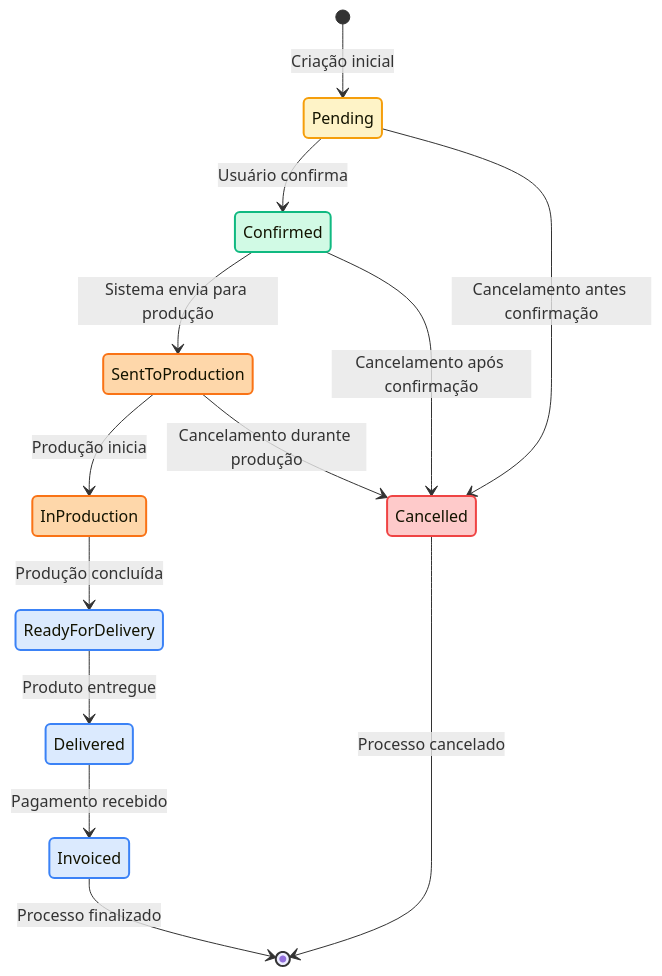
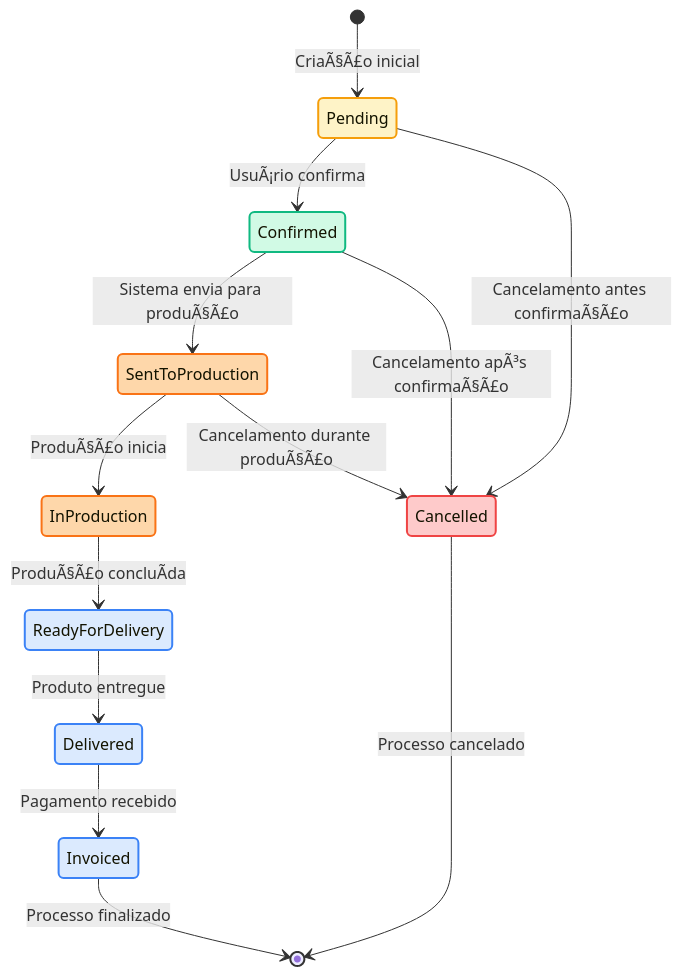
Before and after one commit to igor-spalenza/GesN: the fourth of 4 diagrams in GesN.Web/Context/DIAGRAMS/PROCESS-FLOWS/02-sales-order-flow.md, drawn with Mermaid. The commit also changed other lines of this file and 93 other files, not shown here.

````diff
--- a/GesN.Web/Context/DIAGRAMS/PROCESS-FLOWS/02-sales-order-flow.md
+++ b/GesN.Web/Context/DIAGRAMS/PROCESS-FLOWS/02-sales-order-flow.md
@@ -264,30 +264,30 @@
 ```mermaid
 stateDiagram-v2
-    [*] --> Pending : Criação inicial
-    Pending --> Confirmed : Usuário confirma
-    Confirmed --> SentToProduction : Sistema envia para produção
-    SentToProduction --> InProduction : Produção inicia
-    InProduction --> ReadyForDelivery : Produção concluída
+    [*] --> Pending : CriaÃ§Ã£o inicial
+    Pending --> Confirmed : UsuÃ¡rio confirma
+    Confirmed --> SentToProduction : Sistema envia para produÃ§Ã£o
+    SentToProduction --> InProduction : ProduÃ§Ã£o inicia
+    InProduction --> ReadyForDelivery : ProduÃ§Ã£o concluÃ­da
     ReadyForDelivery --> Delivered : Produto entregue
     Delivered --> Invoiced : Pagamento recebido
     
-    Pending --> Cancelled : Cancelamento antes confirmação
-    Confirmed --> Cancelled : Cancelamento após confirmação
-    SentToProduction --> Cancelled : Cancelamento durante produção
+    Pending --> Cancelled : Cancelamento antes confirmaÃ§Ã£o
+    Confirmed --> Cancelled : Cancelamento apÃ³s confirmaÃ§Ã£o
+    SentToProduction --> Cancelled : Cancelamento durante produÃ§Ã£o
     
     Invoiced --> [*] : Processo finalizado
     Cancelled --> [*] : Processo cancelado
     
     %% Styling
     classDef pending fill:#fef3c7,stroke:#f59e0b,stroke-width:2px
     classDef confirmed fill:#d1fae5,stroke:#10b981,stroke-width:2px
     classDef production fill:#fed7aa,stroke:#f97316,stroke-width:2px
     classDef completed fill:#dbeafe,stroke:#3b82f6,stroke-width:2px
     classDef cancelled fill:#fecaca,stroke:#ef4444,stroke-width:2px
     
     class Pending pending
     class Confirmed confirmed
     class SentToProduction,InProduction production
     class ReadyForDelivery,Delivered,Invoiced completed
     class Cancelled cancelled
 ```
````
